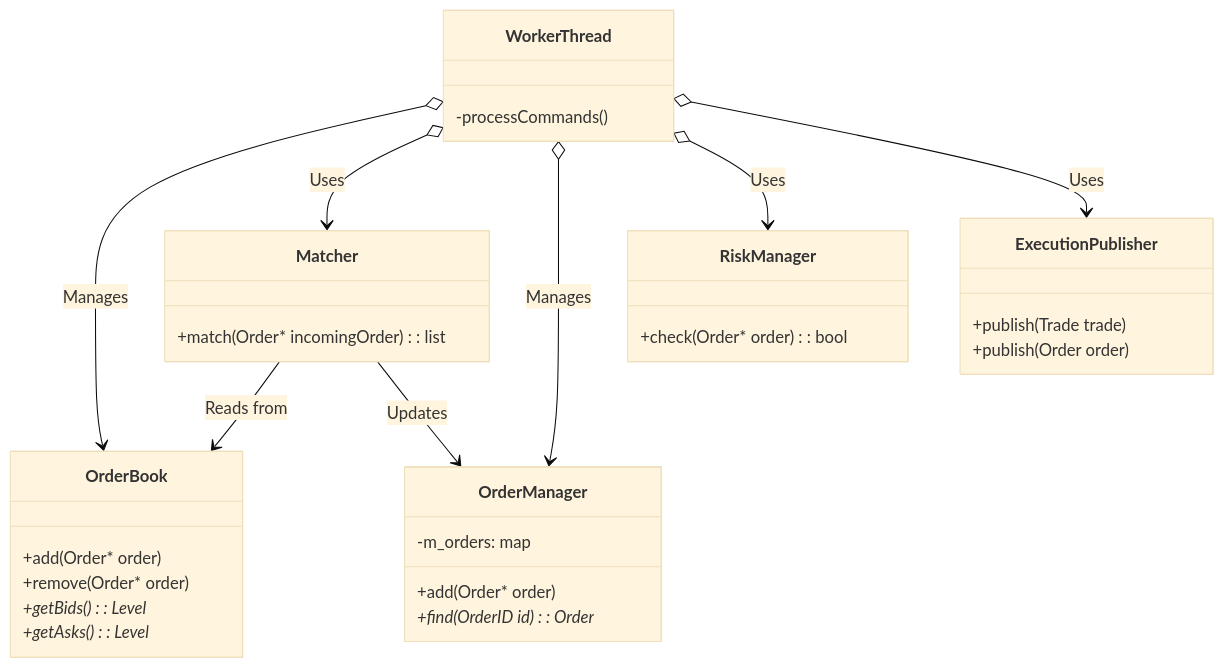
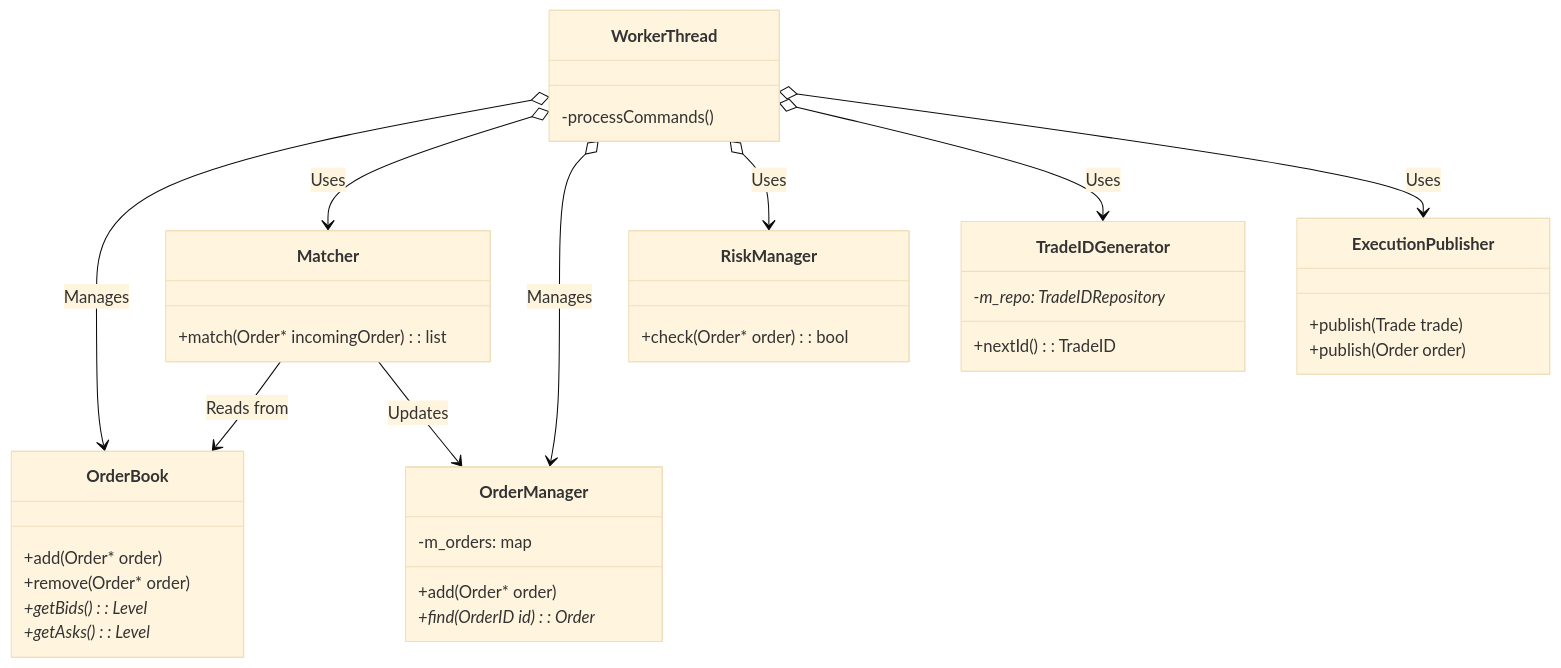
The second of 2 diagrams in core/trading_core/TSD.md (SujalChoudhari/BetaTrader), drawn with Mermaid (base theme) before and after one commit. The commit also changed other lines of this file and 1 other file, not shown here.

Commit message:
docs: Update README and TSDs for recent changes

````diff
--- a/core/trading_core/TSD.md
+++ b/core/trading_core/TSD.md
@@ -34,41 +34,47 @@
 ```mermaid
 classDiagram
     class WorkerThread {
         -processCommands()
     }
 
     class OrderBook {
         +add(Order* order)
         +remove(Order* order)
         +getBids(): Level*
         +getAsks(): Level*
     }
 
     class Matcher {
         +match(Order* incomingOrder): list<Trade>
     }
 
     class OrderManager {
         +add(Order* order)
         +find(OrderID id): Order*
         -m_orders: map<OrderID, Order*>
     }
 
     class RiskManager {
         +check(Order* order): bool
     }
 
+    class TradeIDGenerator {
+        +nextId(): TradeID
+        -m_repo: TradeIDRepository*
+    }
+
     class ExecutionPublisher {
         +publish(Trade trade)
         +publish(Order order)
     }
 
     WorkerThread o--> OrderBook : Manages
     WorkerThread o--> Matcher : Uses
     WorkerThread o--> OrderManager : Manages
     WorkerThread o--> RiskManager : Uses
+    WorkerThread o--> TradeIDGenerator : Uses
     WorkerThread o--> ExecutionPublisher : Uses
 
     Matcher --> OrderBook : Reads from
     Matcher --> OrderManager : Updates
 ```
````
